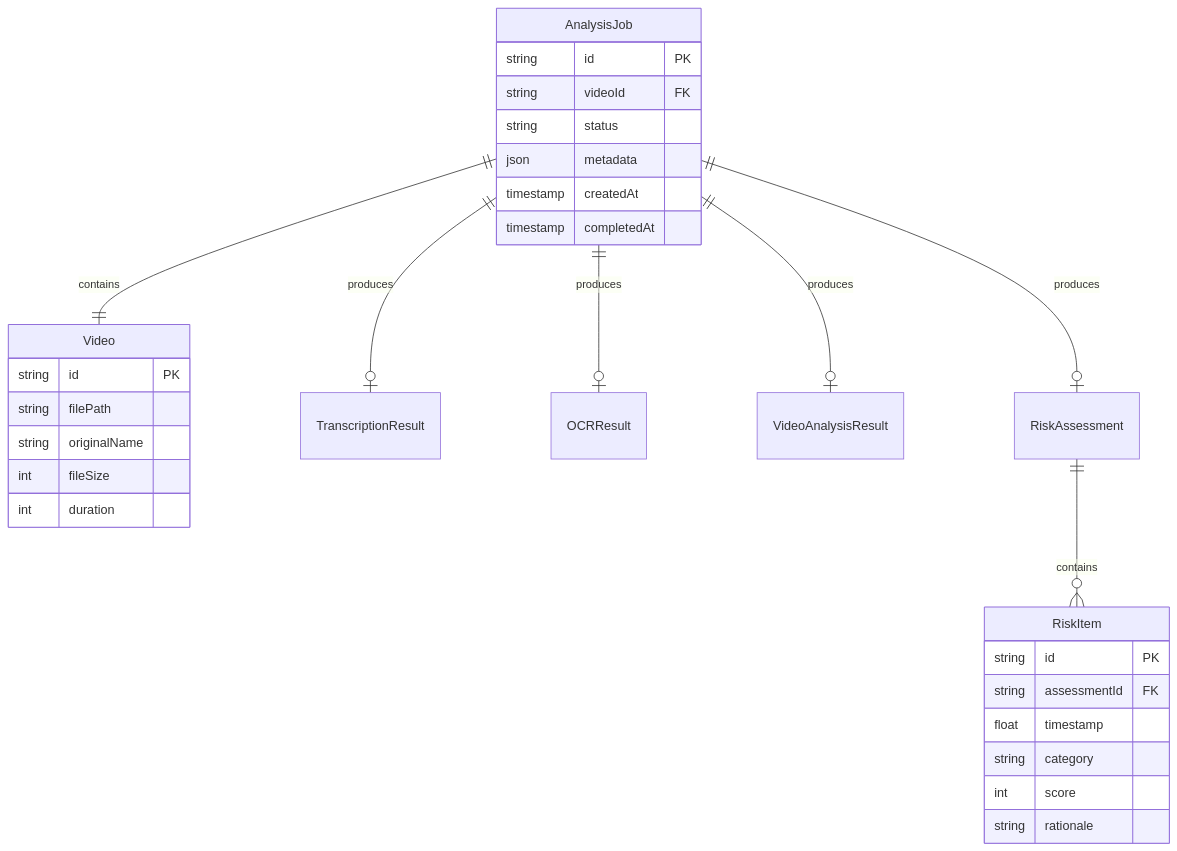
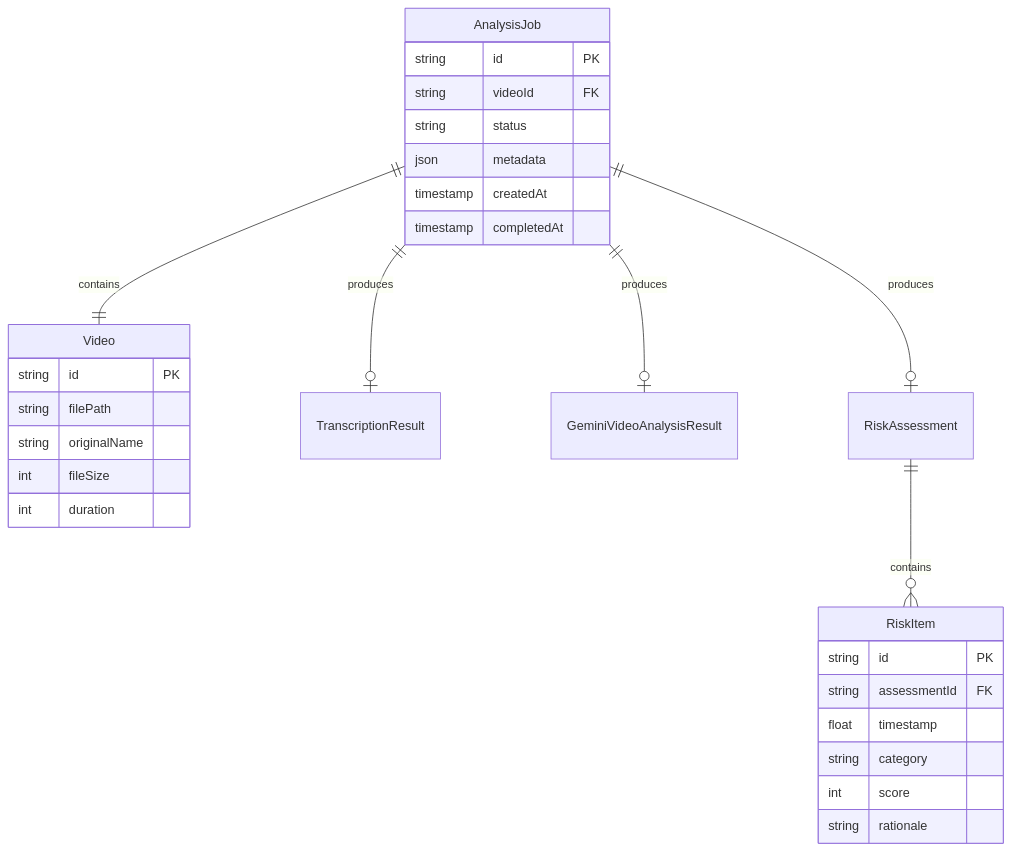
The eighth of 8 diagrams in .kiro/specs/video-risk-analyzer/design.md (univac-1/risk-analyzer), drawn with Mermaid before and after one commit. The commit also changed other lines of this file and 1 other file, not shown here.

Commit message:
docs: Align design and tasks specs with Gemini native video architecture

````diff
--- a/.kiro/specs/video-risk-analyzer/design.md
+++ b/.kiro/specs/video-risk-analyzer/design.md
@@ -842,35 +795,34 @@
 ```mermaid
 erDiagram
     AnalysisJob ||--|| Video : contains
     AnalysisJob ||--o| TranscriptionResult : produces
-    AnalysisJob ||--o| OCRResult : produces
-    AnalysisJob ||--o| VideoAnalysisResult : produces
+    AnalysisJob ||--o| GeminiVideoAnalysisResult : produces
     AnalysisJob ||--o| RiskAssessment : produces
     RiskAssessment ||--o{ RiskItem : contains
 
     Video {
         string id PK
         string filePath
         string originalName
         int fileSize
         int duration
     }
 
     AnalysisJob {
         string id PK
         string videoId FK
         string status
         json metadata
         timestamp createdAt
         timestamp completedAt
     }
 
     RiskItem {
         string id PK
         string assessmentId FK
         float timestamp
         string category
         int score
         string rationale
     }
 ```
````
